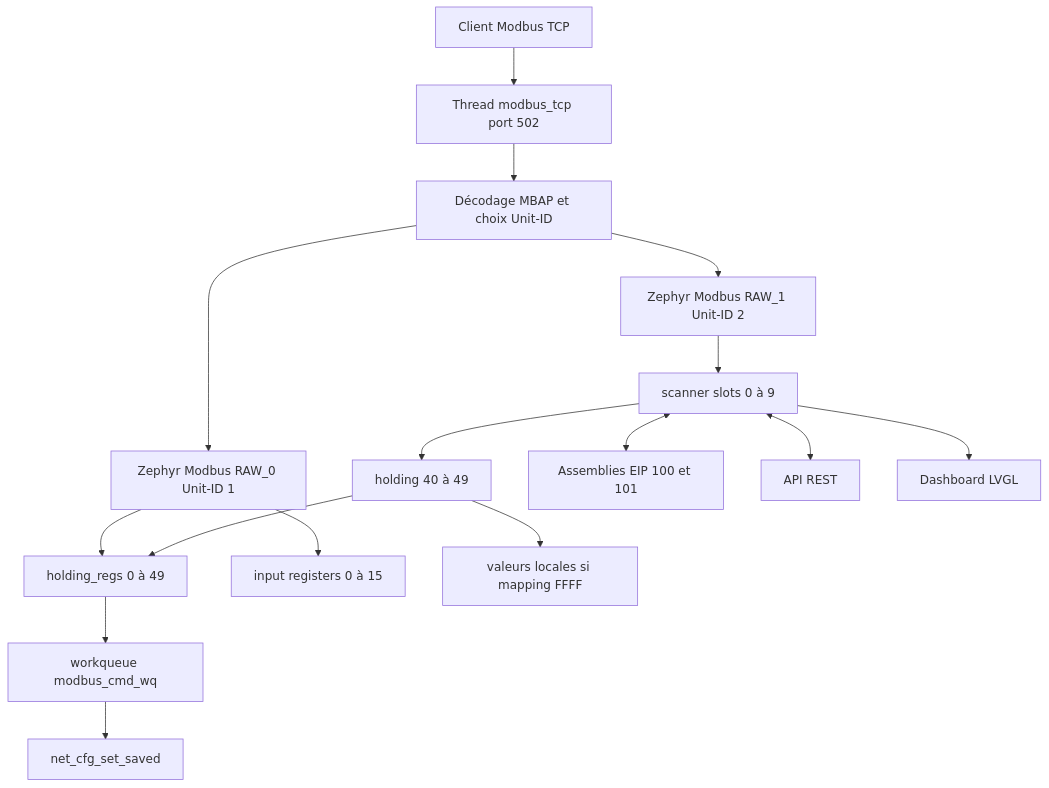
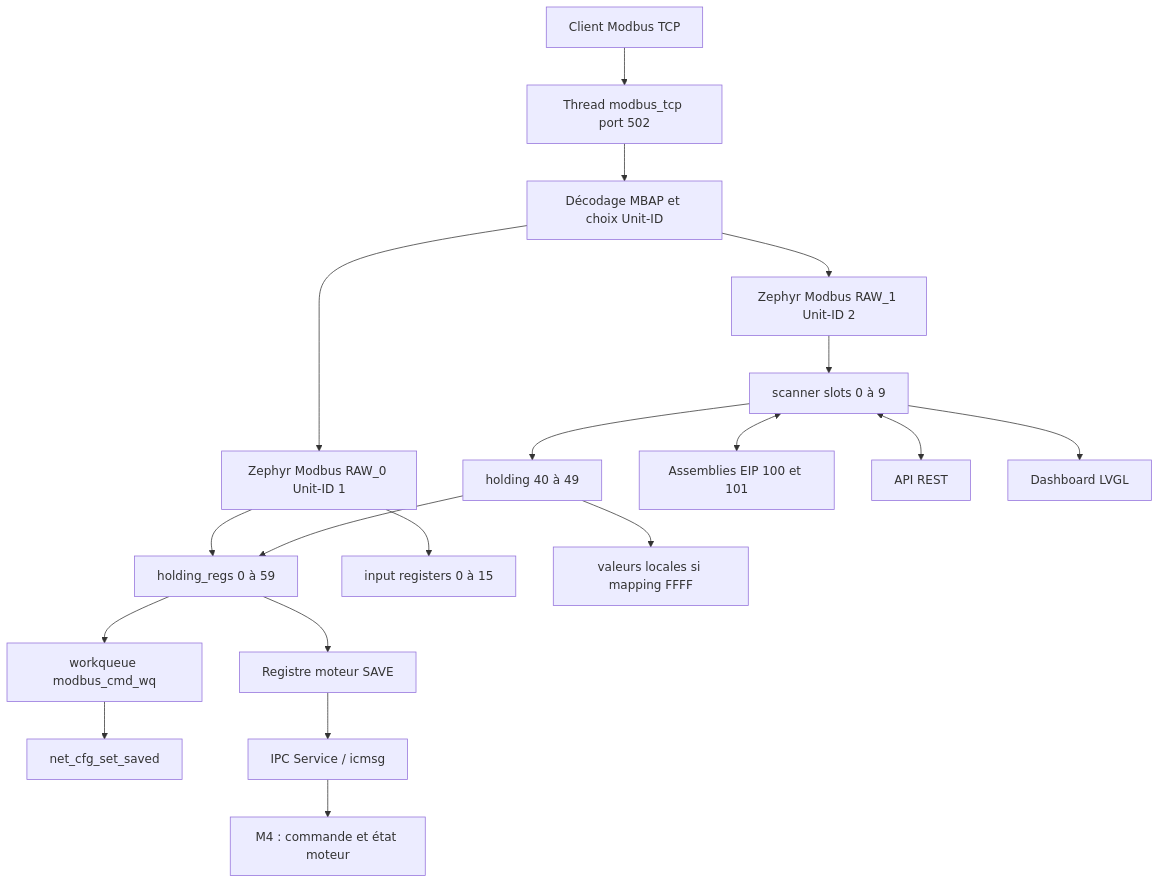
The diagram in app_m7/src/protocols/modbus/DES04_Modbus.md (BehloulAmine/industrial-ethernet), drawn with Mermaid before and after one commit. The commit also changed other lines of this file and 7 other files, not shown here.

````diff
--- a/app_m7/src/protocols/modbus/DES04_Modbus.md
+++ b/app_m7/src/protocols/modbus/DES04_Modbus.md
@@ -10,18 +10,21 @@
 ```mermaid
 flowchart TD
     Client["Client Modbus TCP"] --> Socket["Thread modbus_tcp port 502"]
     Socket --> MBAP["Décodage MBAP et choix Unit-ID"]
     MBAP --> Raw0["Zephyr Modbus RAW_0 Unit-ID 1"]
     MBAP --> Raw1["Zephyr Modbus RAW_1 Unit-ID 2"]
-    Raw0 --> Holding["holding_regs 0 à 49"]
+    Raw0 --> Holding["holding_regs 0 à 59"]
     Raw0 --> Input["input registers 0 à 15"]
     Raw1 --> Scanner["scanner slots 0 à 9"]
     Scanner --> Mapping["holding 40 à 49"]
     Mapping --> Holding
     Mapping --> Local["valeurs locales si mapping FFFF"]
     Holding --> Save["workqueue modbus_cmd_wq"]
     Save --> NetCfg["net_cfg_set_saved"]
+    Holding --> Apply["Registre moteur SAVE"]
+    Apply --> IPC["IPC Service / icmsg"]
+    IPC --> M4["M4 : commande et état moteur"]
     Scanner <--> EIP["Assemblies EIP 100 et 101"]
     Scanner <--> Web["API REST"]
     Scanner --> LCD["Dashboard LVGL"]
 ```
````
